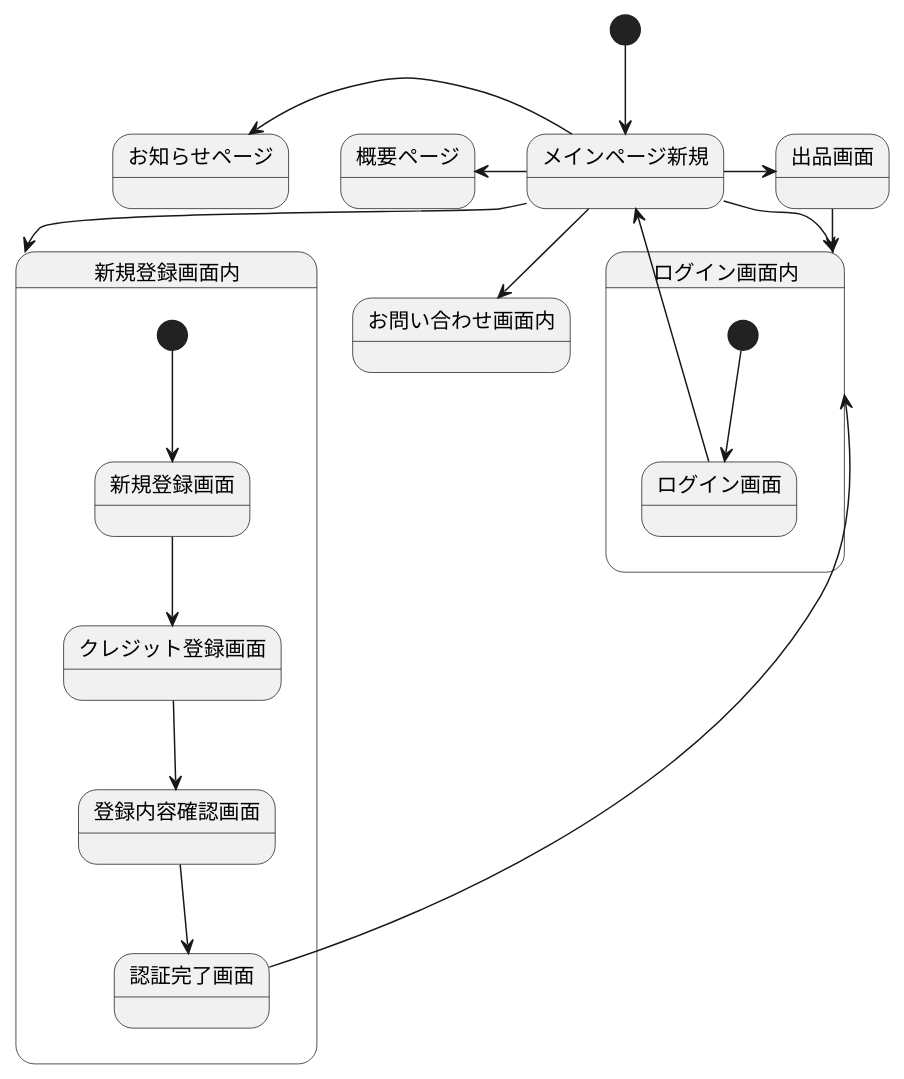
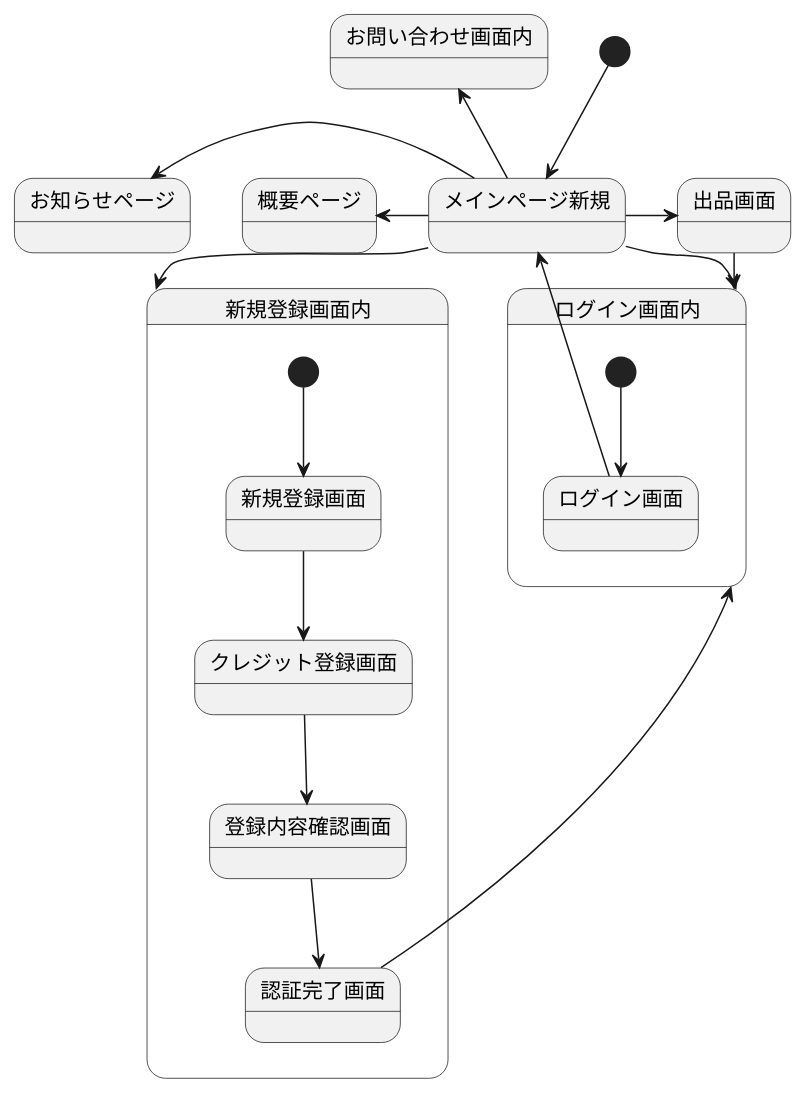
One commit to Aso2001147/2021SystemDesign changed the diagram in 画面遷移図.md. Above: the diagram before and after it, drawn with PlantUML.

````diff
--- a/画面遷移図.md
+++ b/画面遷移図.md
@@ -1,28 +1,28 @@
 ```uml
 @startuml
 [*] --> メインページ新規
 メインページ新規 -left-> 概要ページ
-メインページ新規 --> お問い合わせ画面内
+メインページ新規 -up-> お問い合わせ画面内
 メインページ新規 -left-> お知らせページ
 メインページ新規 --> ログイン画面内
 メインページ新規 --> 新規登録画面内
 メインページ新規 -> 出品画面
 出品画面 -> ログイン画面内
 
 
 state 新規登録画面内{
 [*] --> 新規登録画面
 新規登録画面 -down-> クレジット登録画面
 クレジット登録画面 -down-> 登録内容確認画面
 登録内容確認画面 -down-> 認証完了画面
 認証完了画面 -up-> ログイン画面内
 }
 
 state ログイン画面内{
 [*] -down-> ログイン画面
 ログイン画面 -up-> メインページ新規
 }
 
 
 @enduml
 ```
````
